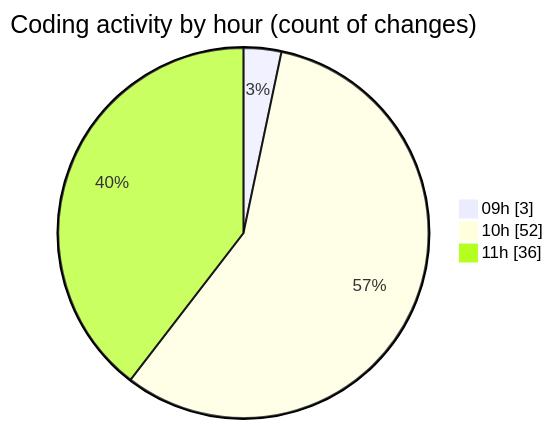
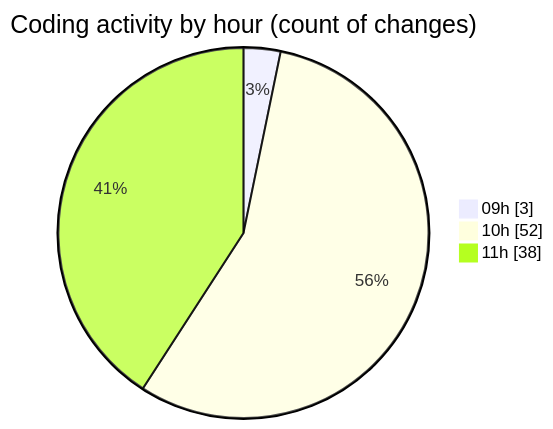
Before and after one commit to momahboobian/code-tracking: the second of 2 diagrams in 2026-09-25/cda/README.md, drawn with Mermaid. The commit also changed other lines of this file and 1 other file, not shown here.

````diff
--- a/2026-09-25/cda/README.md
+++ b/2026-09-25/cda/README.md
@@ -58,7 +58,7 @@
 ```mermaid
 pie showData
 title Coding activity by hour (count of changes)
 "09h" : 3
 "10h" : 52
-"11h" : 36
+"11h" : 38
 ```
````
